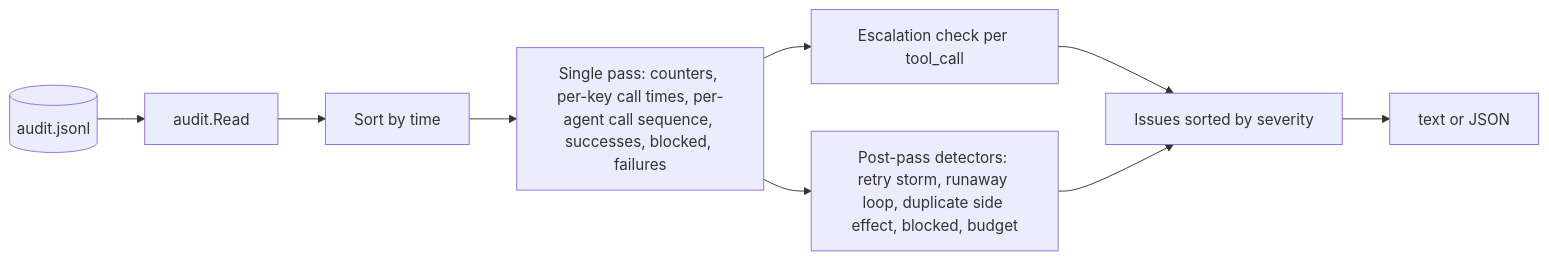
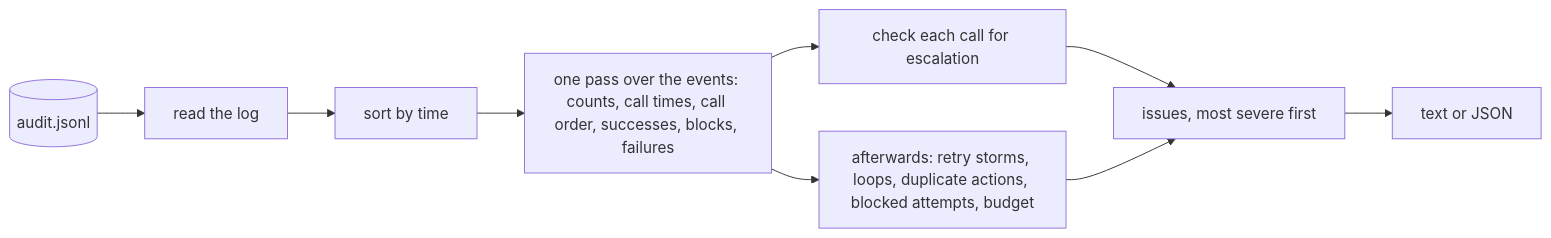
The diagram in docs/design/analyze.md (attckus/attckus), drawn with Mermaid before and after one commit. The commit also changed other lines of this file and 9 other files, not shown here.

````diff
--- a/docs/design/analyze.md
+++ b/docs/design/analyze.md
@@ -15,11 +25,11 @@
 ```mermaid
 flowchart LR
-  log[(audit.jsonl)] --> read[audit.Read]
-  read --> sort[Sort by time]
-  sort --> pass["Single pass: counters, per-key call times, per-agent call sequence, successes, blocked, failures"]
-  pass --> esc[Escalation check per tool_call]
-  pass --> post["Post-pass detectors: retry storm, runaway loop, duplicate side effect, blocked, budget"]
+  log[(audit.jsonl)] --> read[read the log]
+  read --> sort[sort by time]
+  sort --> pass["one pass over the events: counts, call times, call order, successes, blocks, failures"]
+  pass --> esc[check each call for escalation]
+  pass --> post["afterwards: retry storms, loops, duplicate actions, blocked attempts, budget"]
   esc --> issues
-  post --> issues[Issues sorted by severity]
+  post --> issues[issues, most severe first]
   issues --> out[text or JSON]
 ```
````
